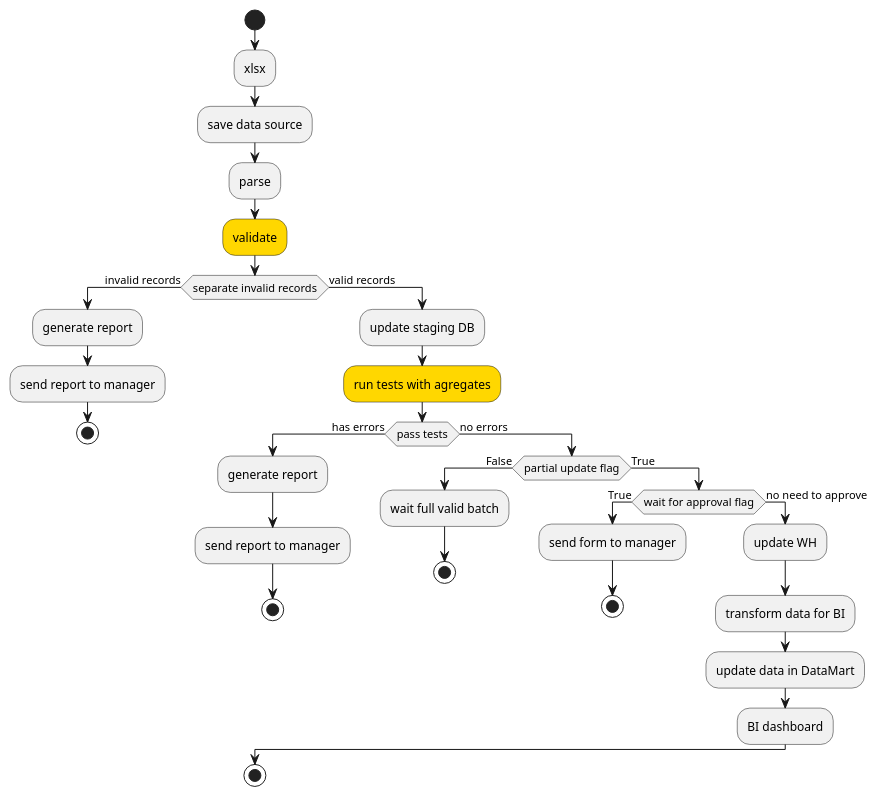
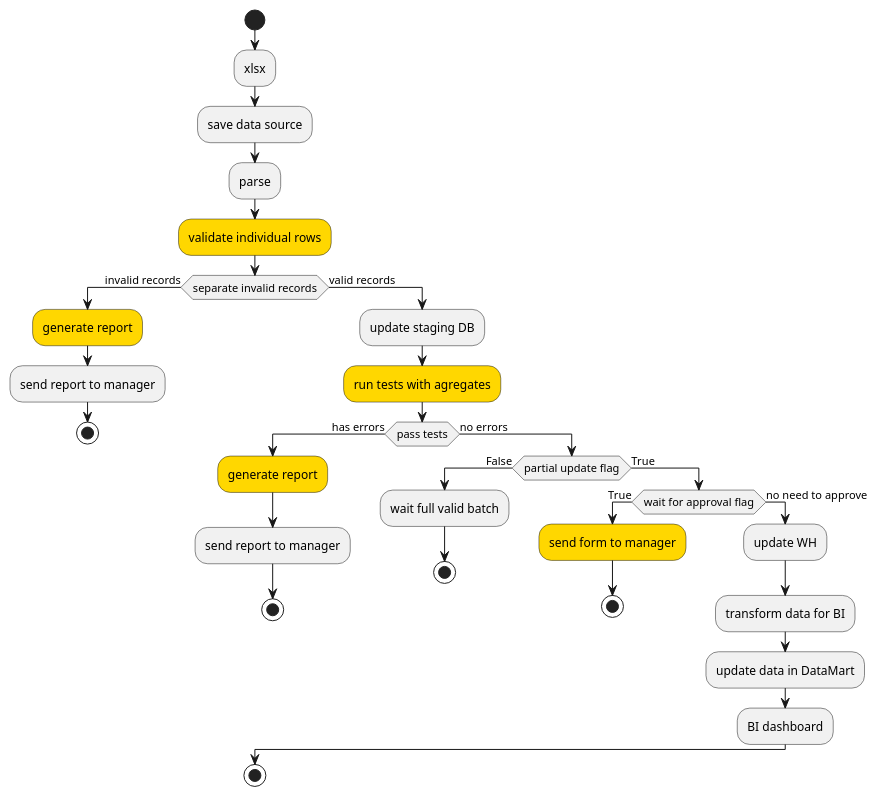
One commit to etlteam/docs changed the diagram in diagrams/DAG_example.puml. Above: the diagram before and after it, drawn with PlantUML.

```diff
--- a/diagrams/DAG_example.puml
+++ b/diagrams/DAG_example.puml
@@ -1,36 +1,36 @@
 @startuml
 start
 :xlsx;
 :save data source;
 :parse;
-#gold:validate;
+#gold:validate individual rows;
 if (separate invalid records) then (invalid records)
-	:generate report;
+	#gold:generate report;
 	:send report to manager;
 	stop
 else (valid records)
 	:update staging DB;
 	#gold:run tests with agregates;
 	if (pass tests) then (has errors)
-		:generate report;
+		#gold:generate report;
 		:send report to manager;
 		stop
 	else (no errors)
 		if (partial update flag) then (False)
 			:wait full valid batch;
 			stop
 		else (True)
 			if (wait for approval flag) then (True)
-				:send form to manager;
+				#gold:send form to manager;
 				stop
 			else (no need to approve)
 				:update WH;
 				:transform data for BI;
 				:update data in DataMart;
 				:BI dashboard;
 			endif
 		endif
 	endif
 endif
 stop
 @enduml
```
